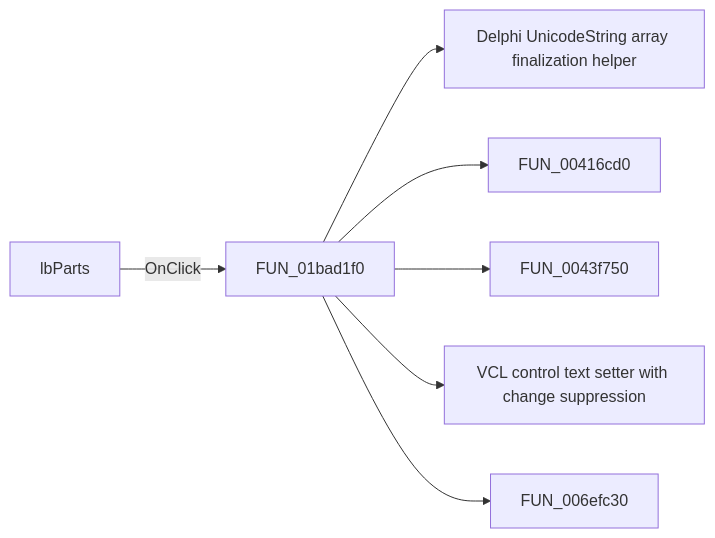
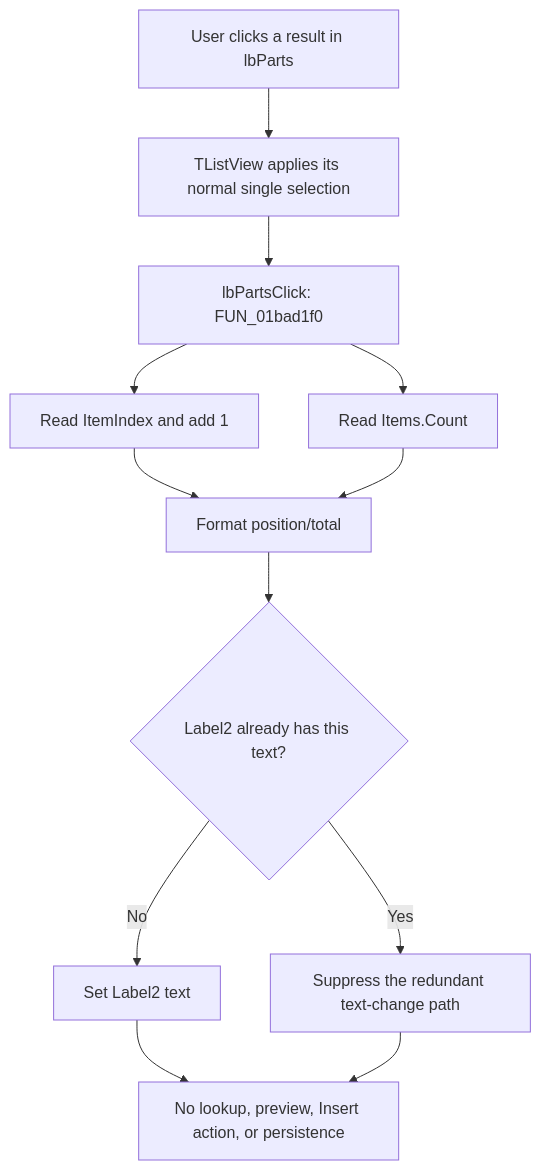
Before and after one commit to MovGP0/TIARA: the diagram in docs/ui-controls/componentfinder/lbparts-4e0cd95a72.md, drawn with Mermaid. The commit also changed other lines of this file and 680 other files, not shown here.

````diff
--- a/docs/ui-controls/componentfinder/lbparts-4e0cd95a72.md
+++ b/docs/ui-controls/componentfinder/lbparts-4e0cd95a72.md
@@ -27,9 +33,14 @@
 ```mermaid
-flowchart LR
-    control["lbParts"] -->|OnClick| handler["FUN_01bad1f0"]
-    handler --> call1["Delphi UnicodeString array finalization helper"]
-    handler --> call2["FUN_00416cd0"]
-    handler --> call3["FUN_0043f750"]
-    handler --> call4["VCL control text setter with change suppression"]
-    handler --> call5["FUN_006efc30"]
+flowchart TD
+    click["User clicks a result in lbParts"] --> vcl["TListView applies its normal single selection"]
+    vcl --> handler["lbPartsClick: FUN_01bad1f0"]
+    handler --> index["Read ItemIndex and add 1"]
+    handler --> count["Read Items.Count"]
+    index --> format["Format position/total"]
+    count --> format
+    format --> same{"Label2 already has this text?"}
+    same -->|No| update["Set Label2 text"]
+    same -->|Yes| suppress["Suppress the redundant text-change path"]
+    update --> boundary["No lookup, preview, Insert action, or persistence"]
+    suppress --> boundary
 ```
````
